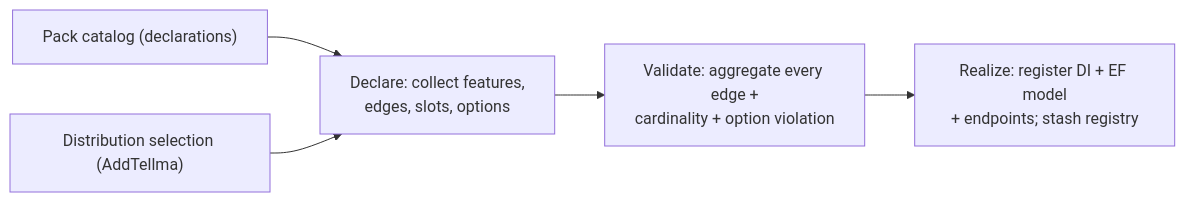
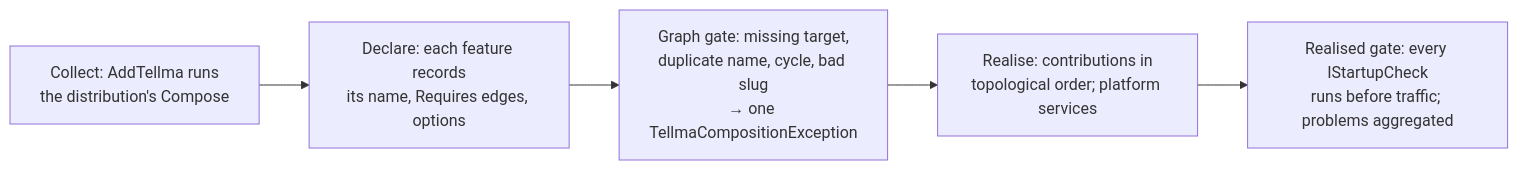
The third of 5 diagrams in ARCHITECTURE.md (tellma-ltd/tellma-platform), drawn with Mermaid before and after one commit. The commit also changed other lines of this file and 12 other files, not shown here.

````diff
--- a/ARCHITECTURE.md
+++ b/ARCHITECTURE.md
@@ -730,7 +747,8 @@
 ```mermaid
 flowchart LR
-    CAT["Pack catalog (declarations)"] --> DECL
-    SEL["Distribution selection (AddTellma)"] --> DECL
-    DECL["Declare: collect features,<br/>edges, slots, options"] --> VAL
-    VAL["Validate: aggregate every edge +<br/>cardinality + option violation"] --> REAL["Realize: register DI + EF model<br/>+ endpoints; stash registry"]
+    SEL["Collect: AddTellma runs<br/>the distribution's Compose"] --> DECL
+    DECL["Declare: each feature records<br/>its name, Requires edges, options"] --> G1
+    G1["Graph gate: missing target,<br/>duplicate name, cycle, bad slug<br/>→ one TellmaCompositionException"] --> REAL
+    REAL["Realise: contributions in<br/>topological order; platform services"] --> G2
+    G2["Realised gate: every IStartupCheck<br/>runs before traffic; problems aggregated"]
 ```
````
